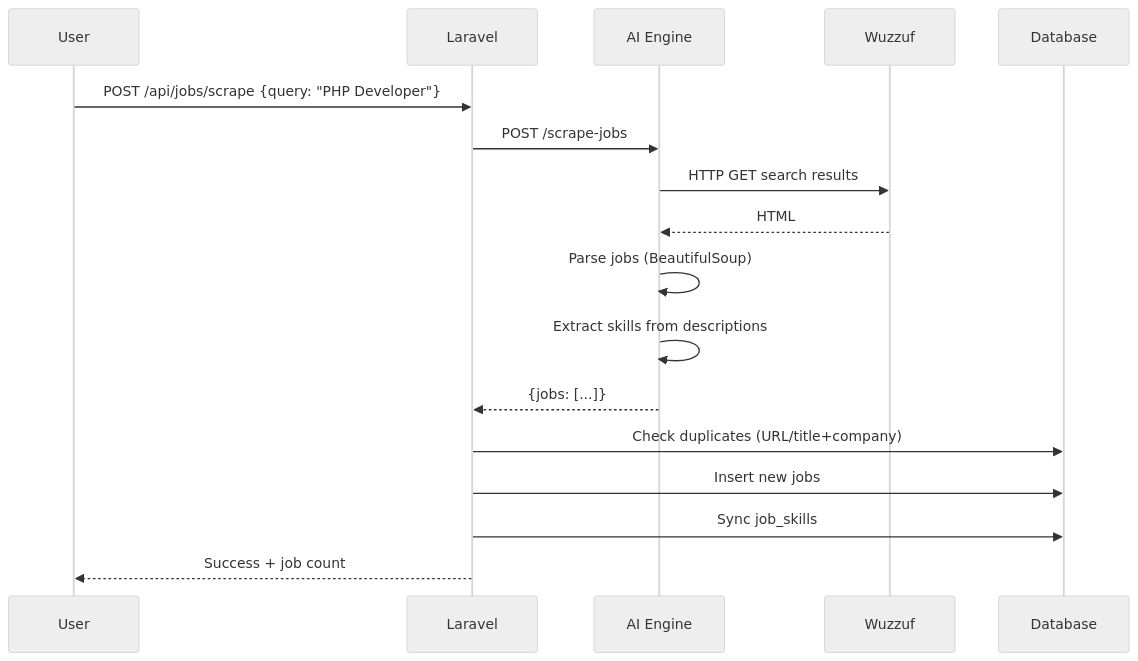
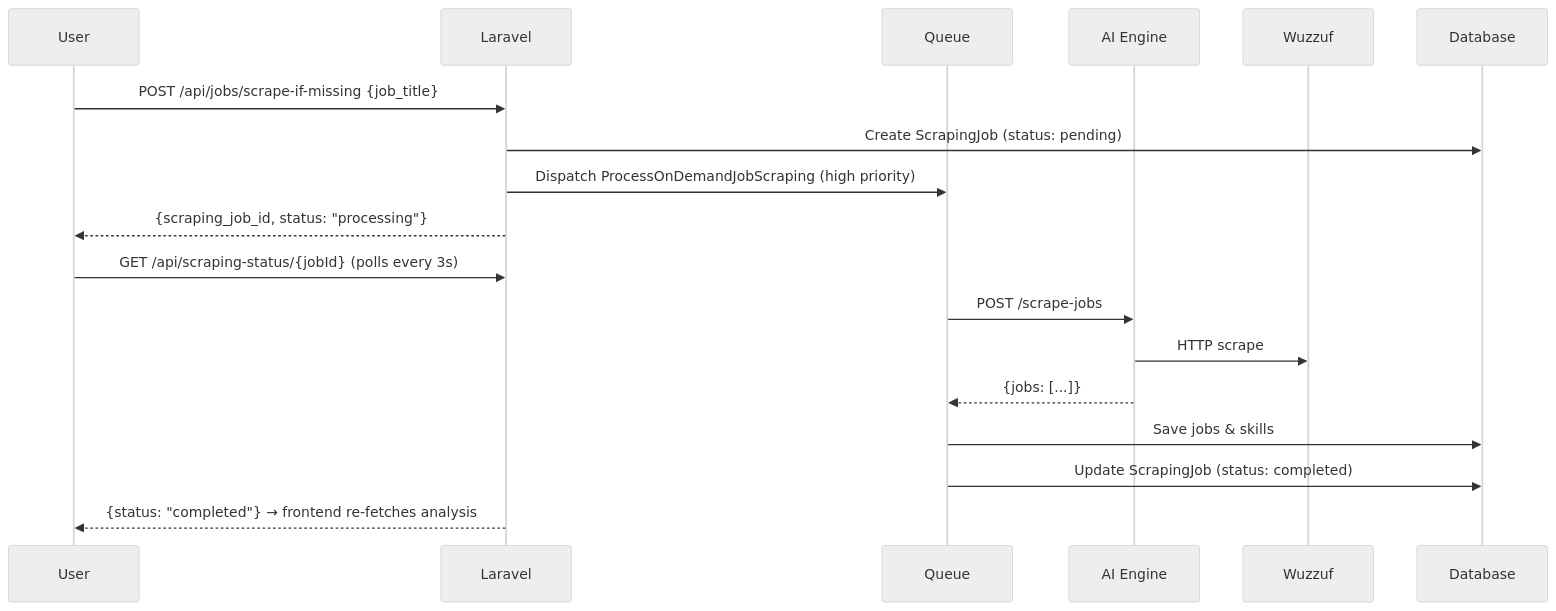
Before and after one commit to YousefAlTohamy/Graduation-project: the fifth of 5 diagrams in README.md, drawn with Mermaid (neutral theme). The commit also changed other lines of this file and 1 other file, not shown here.

Commit message:
feat: fix GapAnalysis issue and update Readme file

````diff
--- a/README.md
+++ b/README.md
@@ -502,20 +560,20 @@
 ```mermaid
 sequenceDiagram
     participant User
     participant Laravel
+    participant Queue
     participant AI Engine
     participant Wuzzuf
-    participant Database
 
-    User->>Laravel: POST /api/jobs/scrape {query: "PHP Developer"}
-    Laravel->>AI Engine: POST /scrape-jobs
-    AI Engine->>Wuzzuf: HTTP GET search results
-    Wuzzuf-->>AI Engine: HTML
-    AI Engine->>AI Engine: Parse jobs (BeautifulSoup)
-    AI Engine->>AI Engine: Extract skills from descriptions
-    AI Engine-->>Laravel: {jobs: [...]}
-    Laravel->>Database: Check duplicates (URL/title+company)
-    Laravel->>Database: Insert new jobs
-    Laravel->>Database: Sync job_skills
-    Laravel-->>User: Success + job count
+    User->>Laravel: POST /api/jobs/scrape-if-missing {job_title}
+    Laravel->>Database: Create ScrapingJob (status: pending)
+    Laravel->>Queue: Dispatch ProcessOnDemandJobScraping (high priority)
+    Laravel-->>User: {scraping_job_id, status: "processing"}
+    User->>Laravel: GET /api/scraping-status/{jobId} (polls every 3s)
+    Queue->>AI Engine: POST /scrape-jobs
+    AI Engine->>Wuzzuf: HTTP scrape
+    AI Engine-->>Queue: {jobs: [...]}
+    Queue->>Database: Save jobs & skills
+    Queue->>Database: Update ScrapingJob (status: completed)
+    Laravel-->>User: {status: "completed"} → frontend re-fetches analysis
 ```
````
